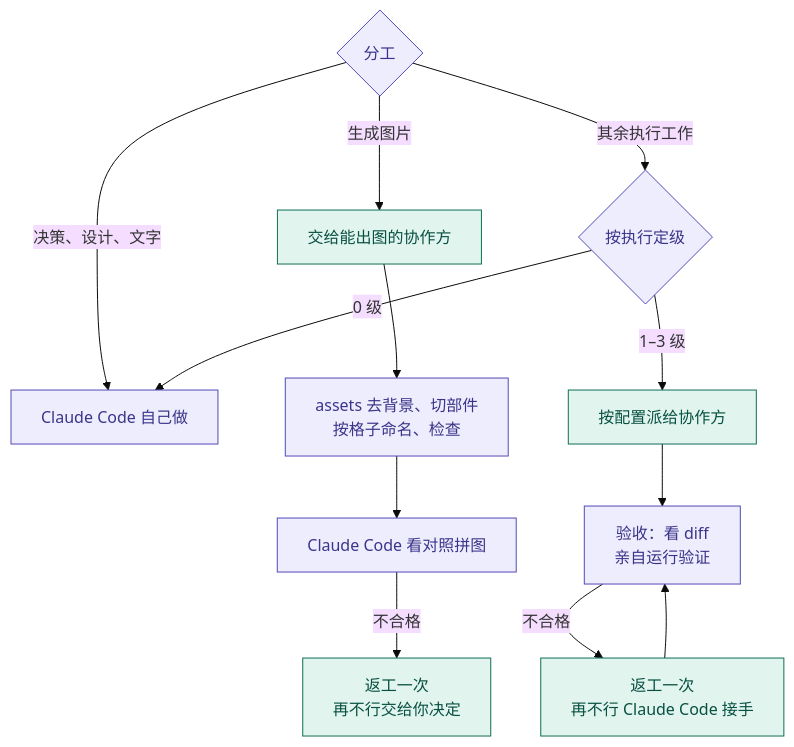
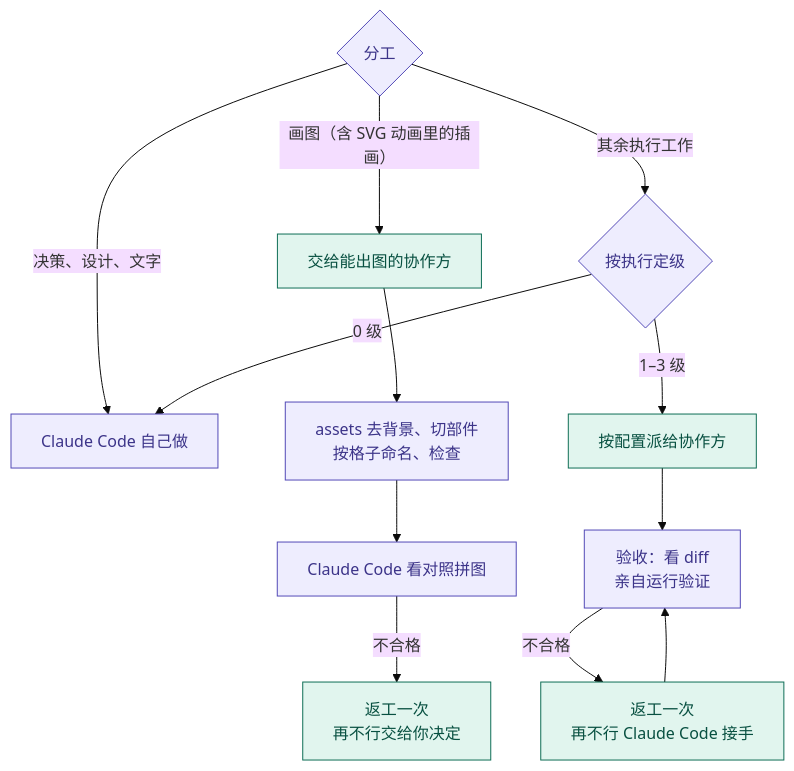
Before and after one commit to DaydayupV/claude-foreman: the third of 4 diagrams in README.md, drawn with Mermaid (base theme). The commit also changed other lines of this file and 7 other files, not shown here.

````diff
--- a/README.md
+++ b/README.md
@@ -62,19 +62,19 @@
 ```mermaid
 flowchart TD
     r0{"分工"} -- "决策、设计、文字" --> rself["Claude Code 自己做"]
-    r0 -- "生成图片" --> rimg["交给能出图的协作方"]
+    r0 -- "画图（含 SVG 动画里的插画）" --> rimg["交给能出图的协作方"]
     r0 -- "其余执行工作" --> rlevel{"按执行定级"}
     rlevel -- "0 级" --> rself
     rlevel -- "1–3 级" --> rrun["按配置派给协作方"]
     rrun --> rcheck["验收：看 diff<br/>亲自运行验证"]
     rimg --> rasset["assets 去背景、切部件<br/>按格子命名、检查"]
     rasset --> rimgcheck["Claude Code 看对照拼图"]
     rimgcheck -- "不合格" --> rimgredo["返工一次<br/>再不行交给你决定"]
     rcheck -- "不合格" --> rrework["返工一次<br/>再不行 Claude Code 接手"]
     rrework --> rcheck
 
     classDef claude fill:#EEEDFE,stroke:#534AB7,color:#3C3489
     classDef agent fill:#E1F5EE,stroke:#0F6E56,color:#085041
     class r0,rself,rlevel,rcheck,rasset,rimgcheck claude
     class rimg,rrun,rrework,rimgredo agent
 ```
````
